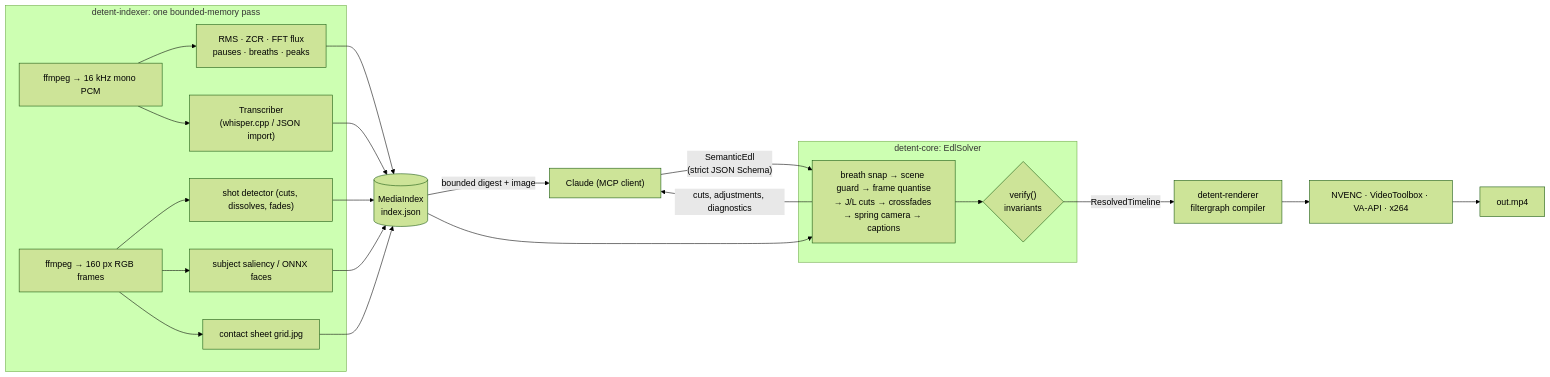
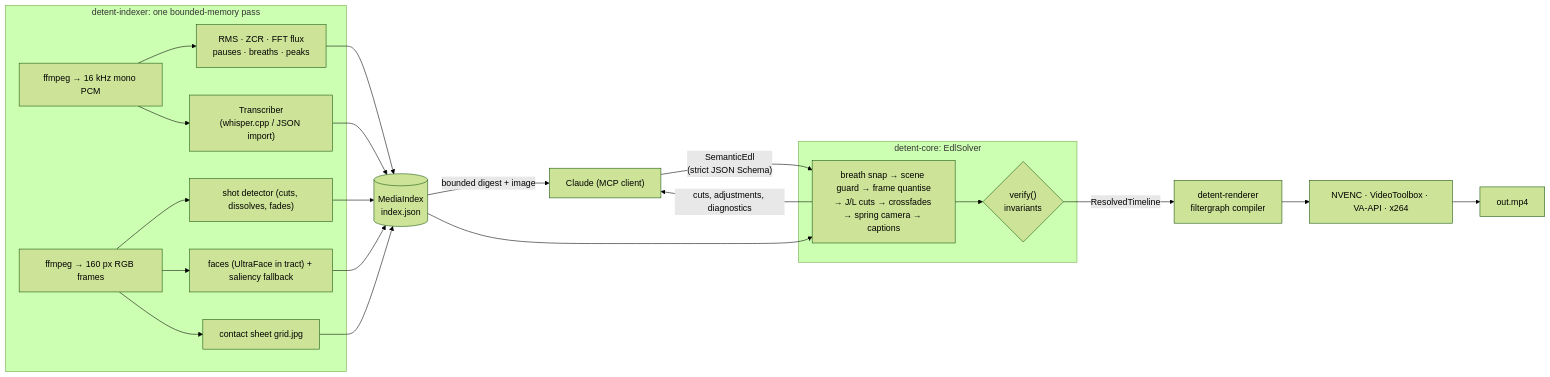
One commit to TYFALY/Detent changed the diagram in README.md. Above: the diagram before and after it, drawn with Mermaid (forest theme). The commit also changed other lines of this file and 25 other files, not shown here.

````diff
--- a/README.md
+++ b/README.md
@@ -68,21 +68,21 @@
 ```mermaid
 flowchart LR
     subgraph IDX["detent-indexer: one bounded-memory pass"]
         A["ffmpeg → 16 kHz mono PCM"] --> DSP["RMS · ZCR · FFT flux<br/>pauses · breaths · peaks"]
         A --> ASR["Transcriber<br/>(whisper.cpp / JSON import)"]
         V["ffmpeg → 160 px RGB frames"] --> SH["shot detector (cuts, dissolves, fades)"]
-        V --> SAL["subject saliency / ONNX faces"]
+        V --> SAL["faces (UltraFace in tract) + saliency fallback"]
         V --> CS["contact sheet grid.jpg"]
     end
     DSP & ASR & SH & SAL & CS --> MI[("MediaIndex<br/>index.json")]
     MI -->|"bounded digest + image"| LLM["Claude (MCP client)"]
     LLM -->|"SemanticEdl<br/>(strict JSON Schema)"| SOL
     MI --> SOL
     subgraph CORE["detent-core: EdlSolver"]
         SOL["breath snap → scene guard → frame quantise<br/>→ J/L cuts → crossfades → spring camera → captions"] --> VER{"verify()<br/>invariants"}
     end
     VER -->|"ResolvedTimeline"| R["detent-renderer<br/>filtergraph compiler"]
     R --> ENC["NVENC · VideoToolbox · VA-API · x264"]
     ENC --> OUT["out.mp4"]
     SOL -->|"cuts, adjustments, diagnostics"| LLM
 ```
````
